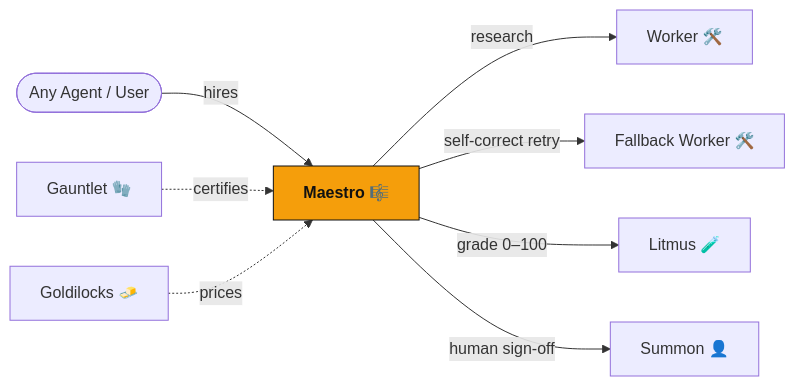
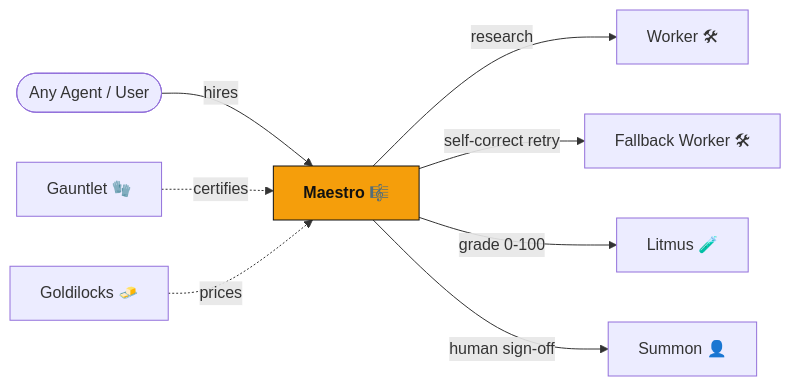
One commit to edycutjong/maestro changed the diagram in README.md. Above: the diagram before and after it, drawn with Mermaid.

Commit message:
docs(readme): harden Constellation mermaid for GitHub
- en-dash 0–100 → hyphen 0-100; strip U+FE0F variation selector from 🛠️

- syntax verified valid in mermaid v10+v11; this de-risks GitHub's renderer + cache-busts

````diff
--- a/README.md
+++ b/README.md
@@ -49,12 +49,12 @@
 ```mermaid
 graph LR
     User([Any Agent / User]) -->|hires| M[Maestro 🎼]
-    M -->|research| W[Worker 🛠️]
-    M -->|self-correct retry| FW[Fallback Worker 🛠️]
-    M -->|grade 0–100| L[Litmus 🧪]
+    M -->|research| W[Worker 🛠]
+    M -->|self-correct retry| FW[Fallback Worker 🛠]
+    M -->|grade 0-100| L[Litmus 🧪]
     M -->|human sign-off| S[Summon 👤]
     G[Gauntlet 🧤] -.->|certifies| M
     GL[Goldilocks 🧈] -.->|prices| M
     classDef hot fill:#F59E0B,stroke:#111,color:#111,font-weight:bold;
     class M hot;
 ```
````
